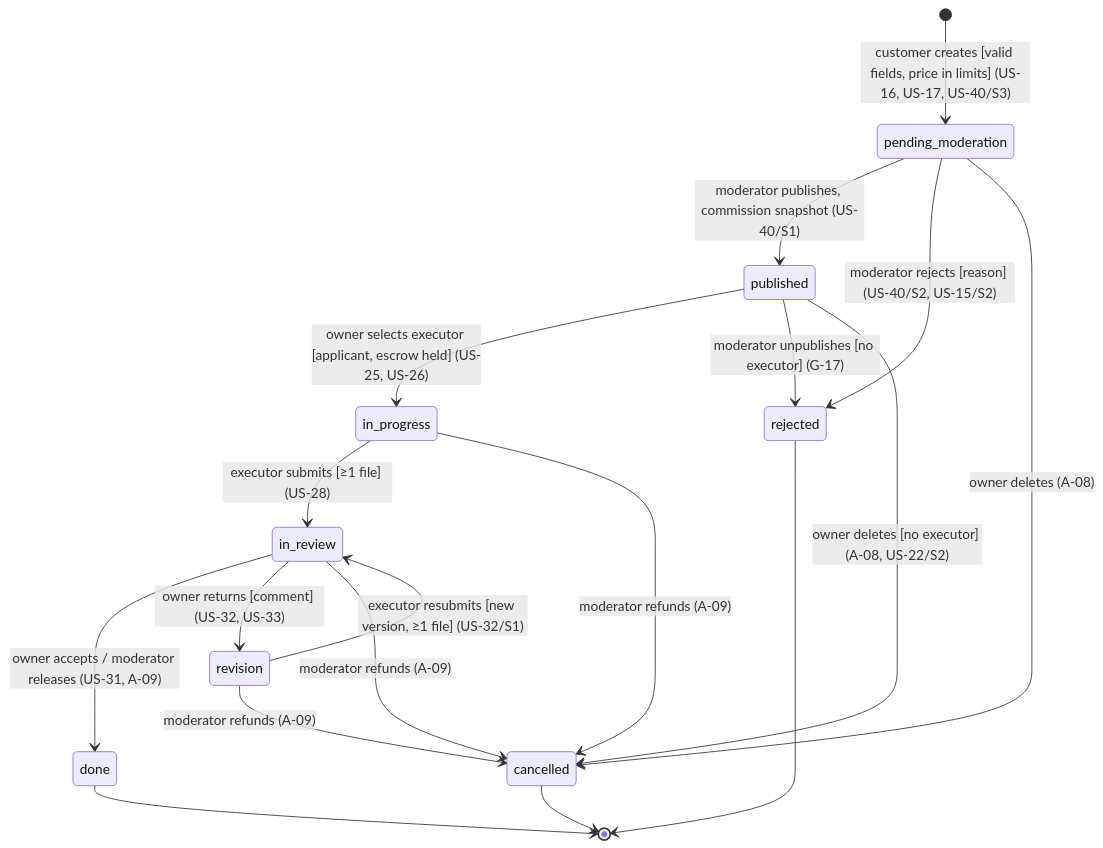
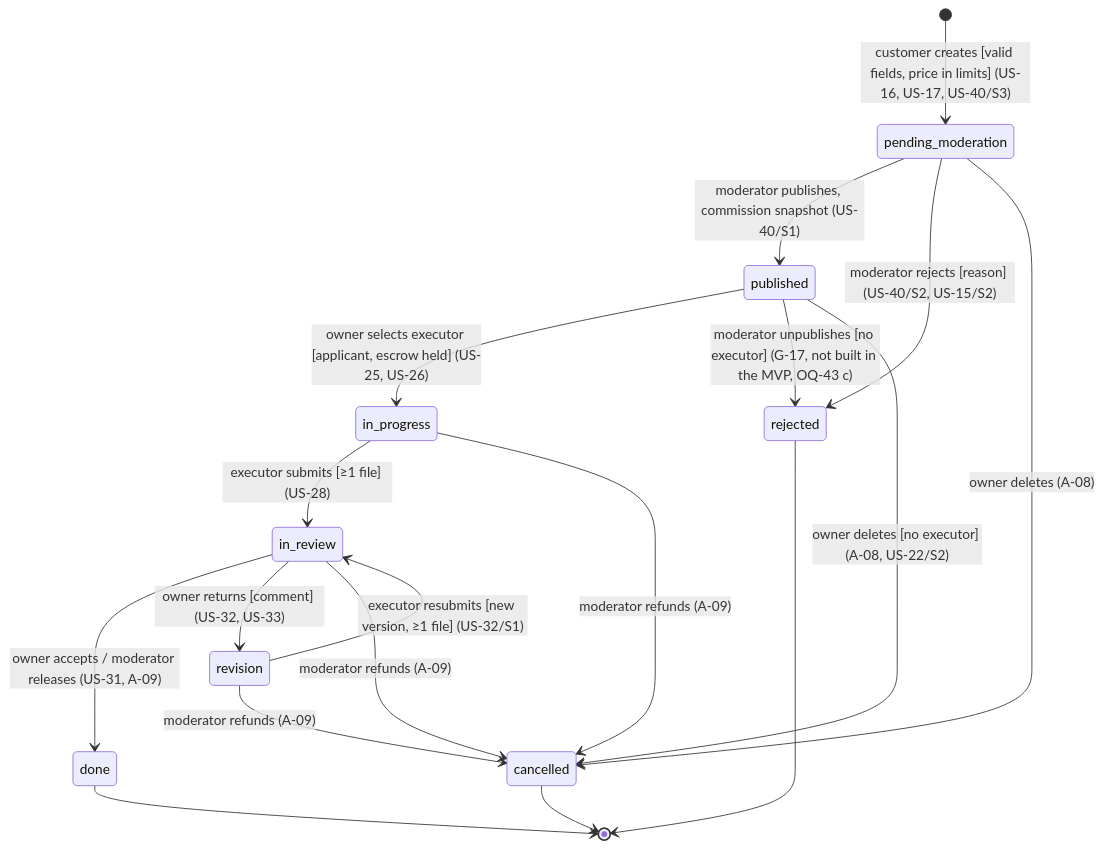
One commit to arinakhmel/CtoC changed the first of 3 diagrams in docs/architecture/domain-model.md. Above: the diagram before and after it, drawn with Mermaid. The commit also changed 27 other files, not shown here.

````diff
--- a/docs/architecture/domain-model.md
+++ b/docs/architecture/domain-model.md
@@ -191,20 +191,20 @@
 ```mermaid
 stateDiagram-v2
     [*] --> pending_moderation: customer creates [valid fields, price in limits] (US-16, US-17, US-40/S3)
     pending_moderation --> published: moderator publishes, commission snapshot (US-40/S1)
     pending_moderation --> rejected: moderator rejects [reason] (US-40/S2, US-15/S2)
     pending_moderation --> cancelled: owner deletes (A-08)
     published --> in_progress: owner selects executor [applicant, escrow held] (US-25, US-26)
-    published --> rejected: moderator unpublishes [no executor] (G-17)
+    published --> rejected: moderator unpublishes [no executor] (G-17, not built in the MVP, OQ-43 c)
     published --> cancelled: owner deletes [no executor] (A-08, US-22/S2)
     in_progress --> in_review: executor submits [≥1 file] (US-28)
     in_review --> done: owner accepts / moderator releases (US-31, A-09)
     in_review --> revision: owner returns [comment] (US-32, US-33)
     revision --> in_review: executor resubmits [new version, ≥1 file] (US-32/S1)
     in_progress --> cancelled: moderator refunds (A-09)
     in_review --> cancelled: moderator refunds (A-09)
     revision --> cancelled: moderator refunds (A-09)
     done --> [*]
     rejected --> [*]
     cancelled --> [*]
 ```
````
